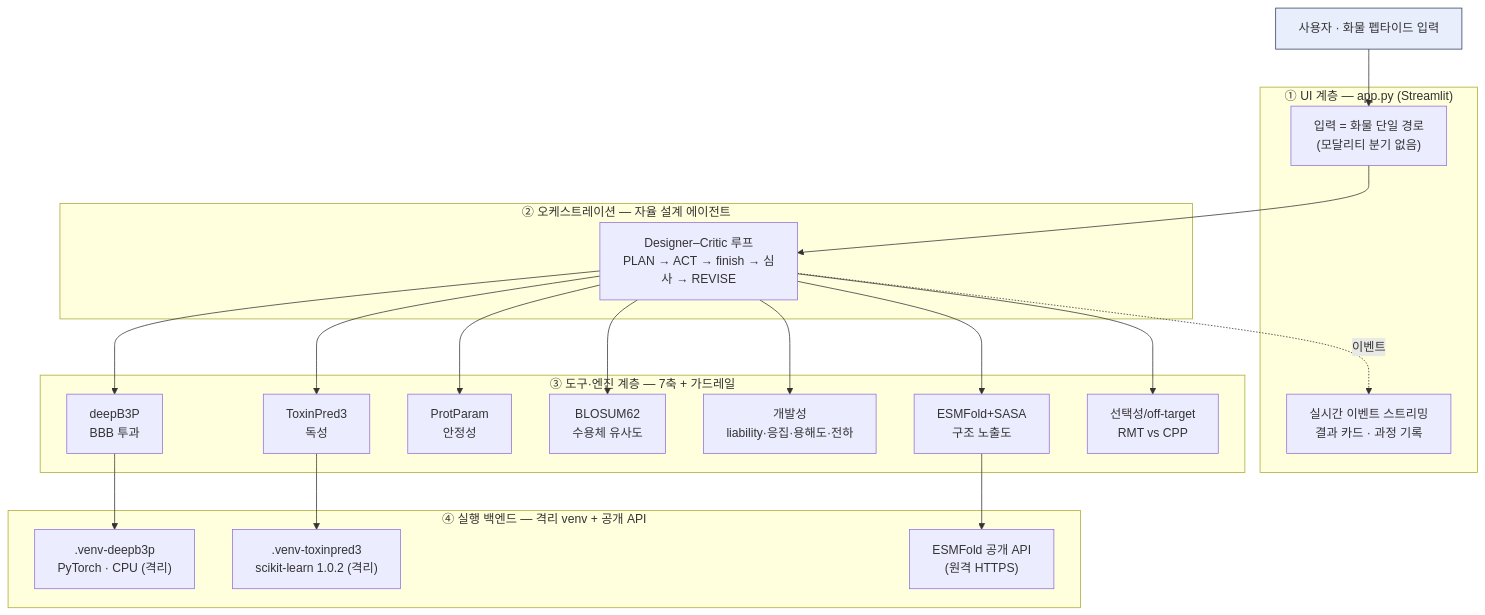
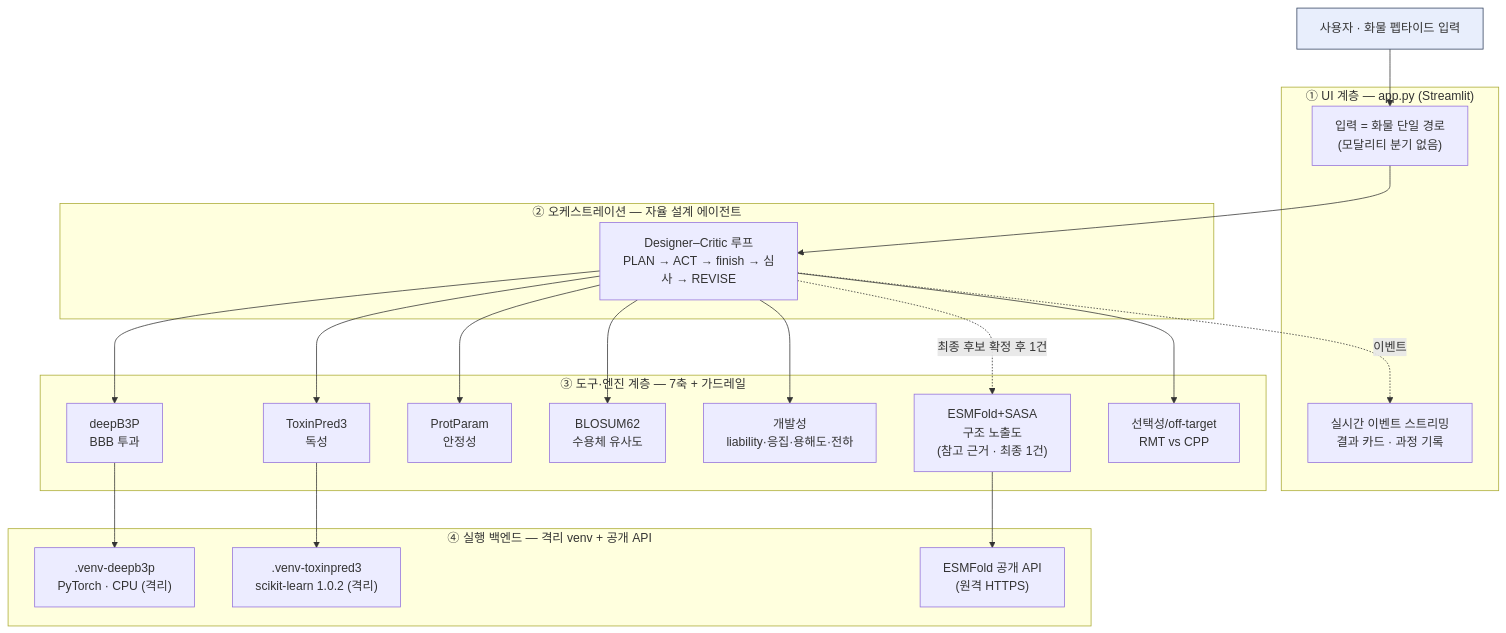
Before and after one commit to yunseul6028/BBB-Optimizer: the second of 9 diagrams in 아키텍처.md, drawn with Mermaid. The commit also changed other lines of this file and 22 other files, not shown here.

````diff
--- a/아키텍처.md
+++ b/아키텍처.md
@@ -71,39 +73,40 @@
 ```mermaid
 flowchart TB
   U["사용자 · 화물 펩타이드 입력"]:::user
 
   subgraph L1["① UI 계층 — app.py (Streamlit)"]
     UI["입력 = 화물 단일 경로<br/>(모달리티 분기 없음)"]
     STREAM["실시간 이벤트 스트리밍<br/>결과 카드 · 과정 기록"]
   end
 
   subgraph L2["② 오케스트레이션 — 자율 설계 에이전트"]
     AG["Designer–Critic 루프<br/>PLAN → ACT → finish → 심사 → REVISE"]
   end
 
   subgraph L3["③ 도구·엔진 계층 — 7축 + 가드레일"]
     E1["deepB3P<br/>BBB 투과"]
     E2["ToxinPred3<br/>독성"]
     E3["ProtParam<br/>안정성"]
     E4["BLOSUM62<br/>수용체 유사도"]
     E5["개발성<br/>liability·응집·용해도·전하"]
-    E6["ESMFold+SASA<br/>구조 노출도"]
+    E6["ESMFold+SASA<br/>구조 노출도<br/>(참고 근거 · 최종 1건)"]
     E7["선택성/off-target<br/>RMT vs CPP"]
   end
 
   subgraph L4["④ 실행 백엔드 — 격리 venv + 공개 API"]
     V1[".venv-deepb3p<br/>PyTorch · CPU (격리)"]
     V2[".venv-toxinpred3<br/>scikit-learn 1.0.2 (격리)"]
     ESM["ESMFold 공개 API<br/>(원격 HTTPS)"]
   end
 
   U --> UI
   UI --> AG
   AG -.->|이벤트| STREAM
-  AG --> E1 & E2 & E3 & E4 & E5 & E6 & E7
+  AG --> E1 & E2 & E3 & E4 & E5 & E7
+  AG -.->|"최종 후보 확정 후 1건"| E6
   E1 --> V1
   E2 --> V2
   E6 --> ESM
 
   classDef user fill:#e8eefc,stroke:#30405c;
 ```
````
